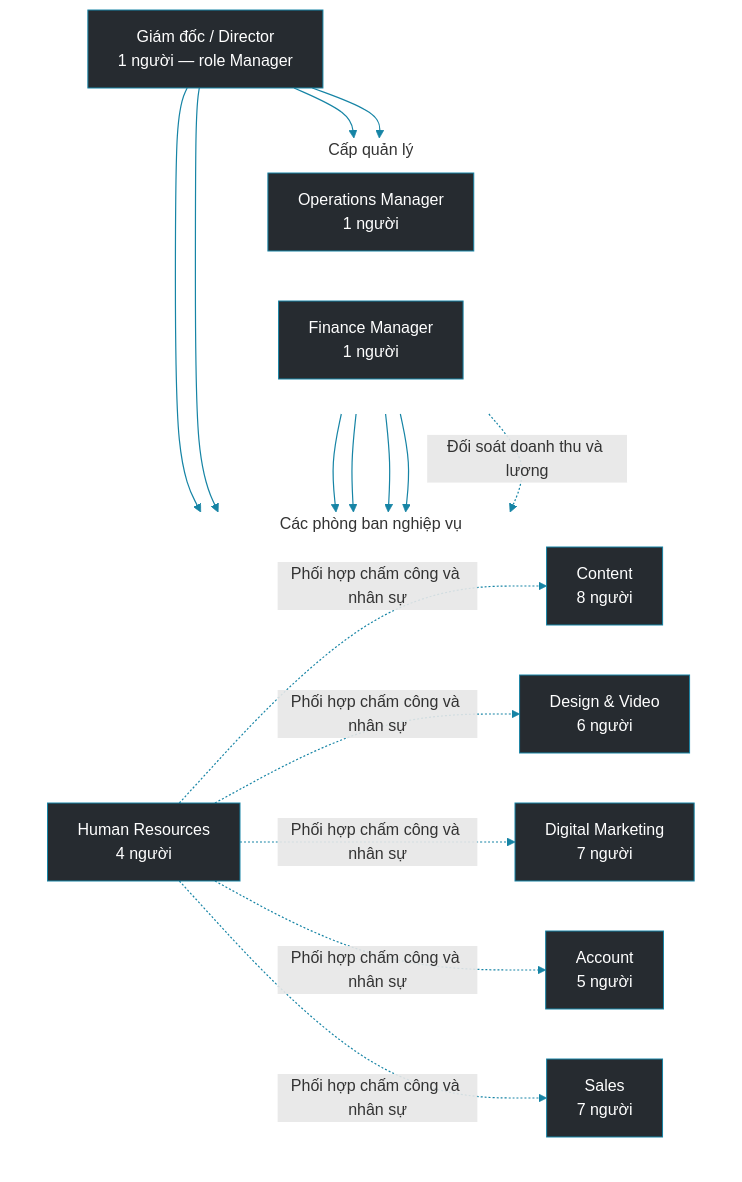
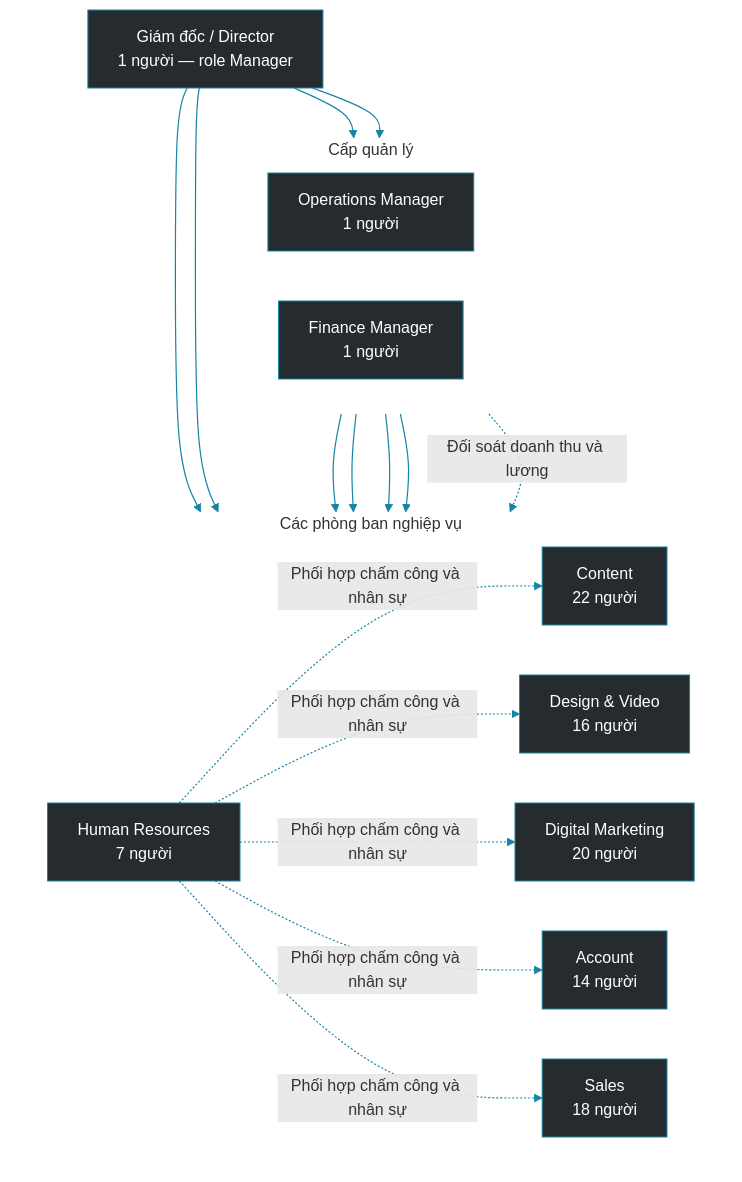
The first of 2 diagrams in docs/company_profile.md (gihan160306/HRFlow), drawn with Mermaid before and after one commit. The commit also changed other lines of this file and 3 other files, not shown here.

````diff
--- a/docs/company_profile.md
+++ b/docs/company_profile.md
@@ -52,51 +52,51 @@
 ```mermaid
 
 flowchart TB
     GD["Giám đốc / Director<br/>1 người — role Manager"]
 
     subgraph QL["Cấp quản lý"]
         direction LR
         OPS["Operations Manager<br/>1 người"]
         FIN["Finance Manager<br/>1 người"]
     end
 
     subgraph NV["Các phòng ban nghiệp vụ"]
         direction LR
-        HR["Human Resources<br/>4 người"]
-        CT["Content<br/>8 người"]
-        DS["Design & Video<br/>6 người"]
-        DM["Digital Marketing<br/>7 người"]
-        AC["Account<br/>5 người"]
-        SA["Sales<br/>7 người"]
+        HR["Human Resources<br/>7 người"]
+        CT["Content<br/>22 người"]
+        DS["Design & Video<br/>16 người"]
+        DM["Digital Marketing<br/>20 người"]
+        AC["Account<br/>14 người"]
+        SA["Sales<br/>18 người"]
     end
 
     GD --> OPS
     GD --> FIN
     GD --> HR
 
     OPS --> CT
     OPS --> DS
     OPS --> DM
     OPS --> AC
     GD --> SA
 
     FIN -. "Đối soát doanh thu và lương" .-> SA
 
     HR -. "Phối hợp chấm công và nhân sự" .-> CT
     HR -. "Phối hợp chấm công và nhân sự" .-> DS
     HR -. "Phối hợp chấm công và nhân sự" .-> DM
     HR -. "Phối hợp chấm công và nhân sự" .-> AC
     HR -. "Phối hợp chấm công và nhân sự" .-> SA
 
     classDef management fill:#262b30,stroke:#1684a5,color:#ffffff
     classDef department fill:#262b30,stroke:#1684a5,color:#ffffff
 
     class GD,OPS,FIN management
     class HR,CT,DS,DM,AC,SA department
 
     style QL fill:transparent,stroke:transparent
     style NV fill:transparent,stroke:transparent
 
     linkStyle default stroke:#1684a5,stroke-width:1.2px
 
 ```
````
